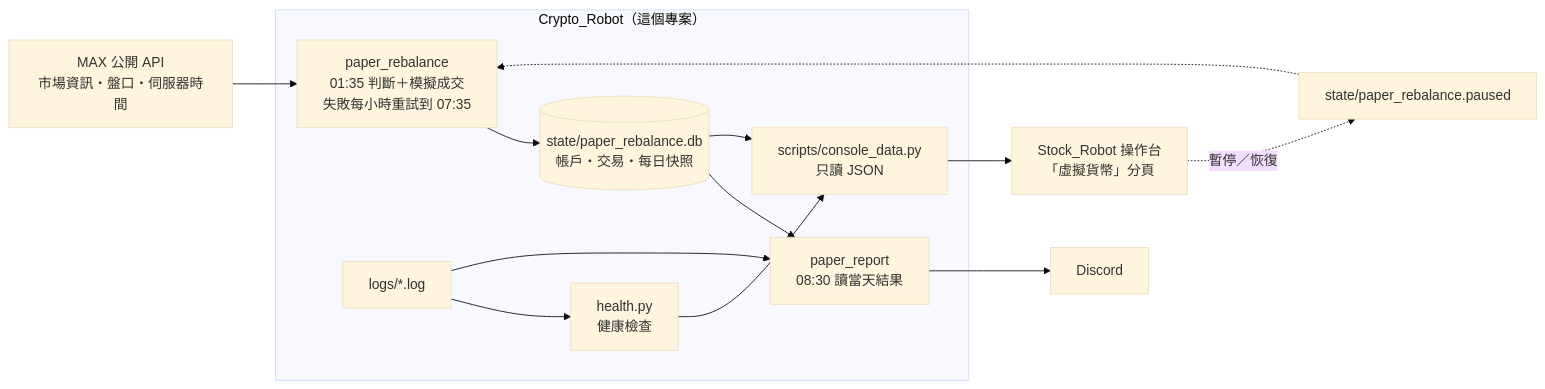
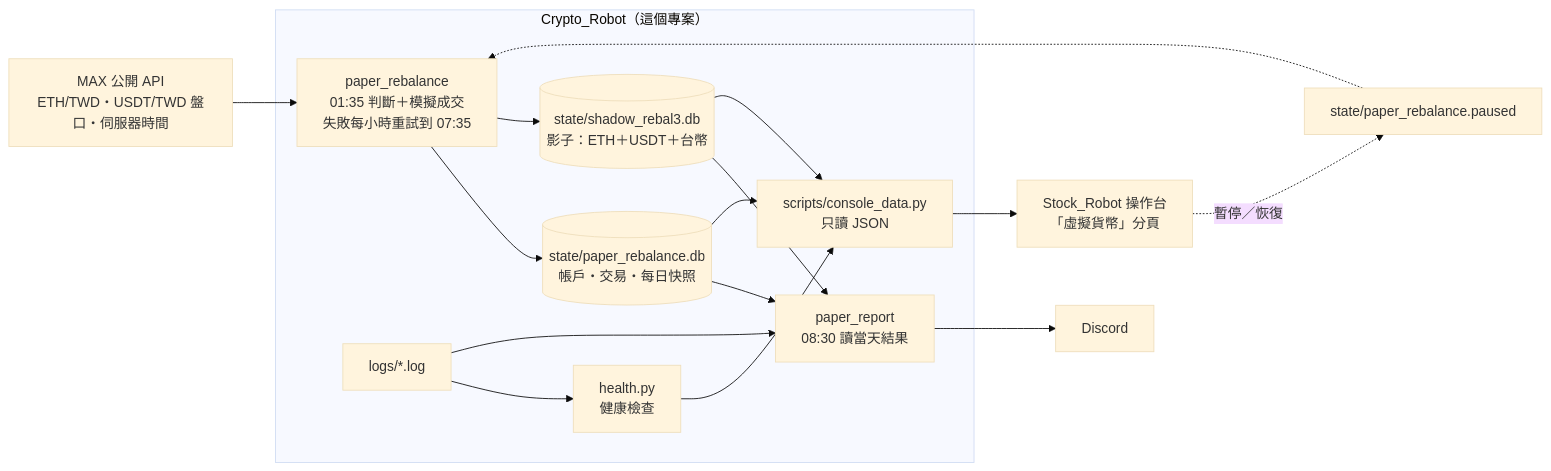
One commit to ShanHugo/Crypto_agent changed the first of 2 diagrams in docs/ARCHITECTURE.md. Above: the diagram before and after it, drawn with Mermaid (base theme). The commit also changed other lines of this file and 7 other files, not shown here.

First line of the commit message:
Add a three-asset shadow paper account (ETH + USDT + TWD)

````diff
--- a/docs/ARCHITECTURE.md
+++ b/docs/ARCHITECTURE.md
@@ -55,16 +56,19 @@
 ```mermaid
 flowchart LR
-  MAX[MAX 公開 API<br/>市場資訊・盤口・伺服器時間] --> PR
+  MAX[MAX 公開 API<br/>ETH/TWD・USDT/TWD 盤口・伺服器時間] --> PR
   subgraph CR[Crypto_Robot（這個專案）]
     PR[paper_rebalance<br/>01:35 判斷＋模擬成交<br/>失敗每小時重試到 07:35] --> DB[(state/paper_rebalance.db<br/>帳戶・交易・每日快照)]
+    PR --> SDB[(state/shadow_rebal3.db<br/>影子：ETH＋USDT＋台幣)]
+    SDB --> RP
+    SDB --> CD
     DB --> RP[paper_report<br/>08:30 讀當天結果]
     DB --> CD[scripts/console_data.py<br/>只讀 JSON]
     HC[health.py<br/>健康檢查] --> CD
     LOG[logs/*.log] --> HC
     LOG --> RP
   end
   RP --> DC[Discord]
   CD --> CON[Stock_Robot 操作台<br/>「虛擬貨幣」分頁]
   CON -. 暫停／恢復 .-> PAUSE[state/paper_rebalance.paused]
   PAUSE -.-> PR
 ```
````
